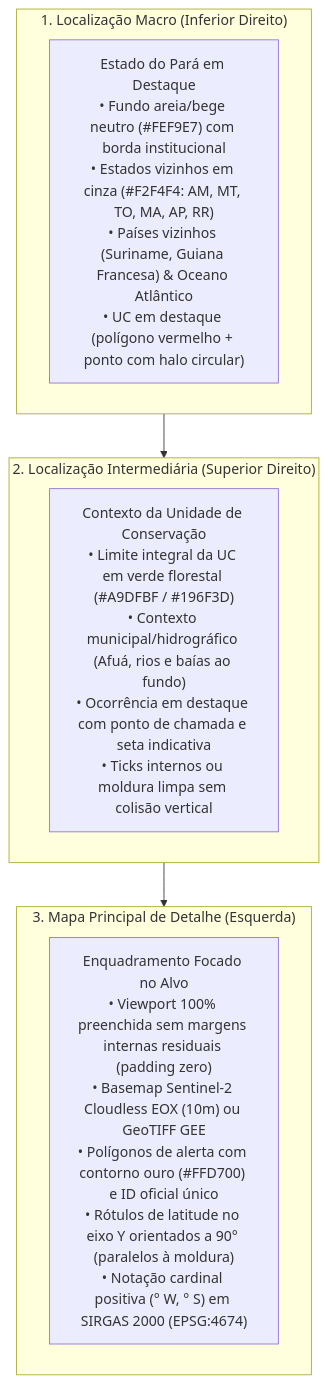
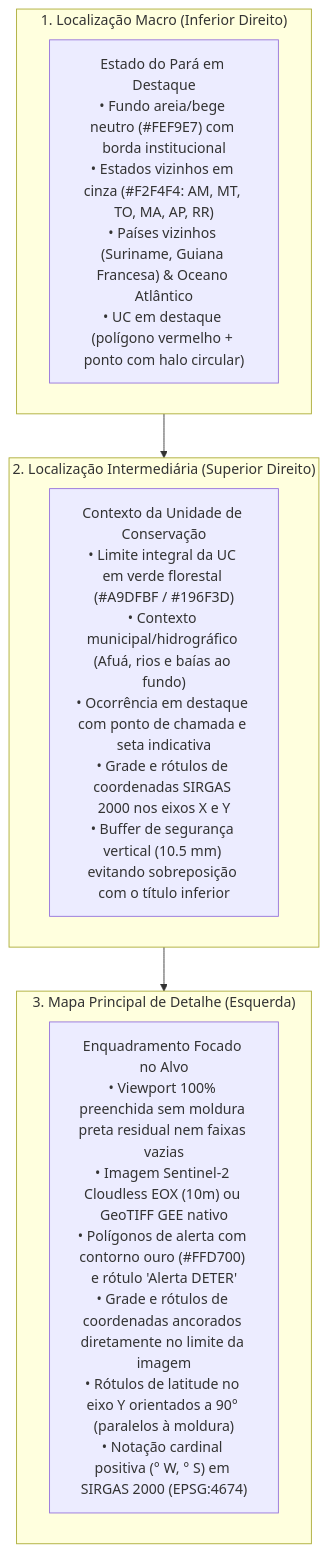
One commit to NGEO-IDEFLOR-Bio/restaura-pes-charapucu changed the diagram in .agents/skills/qgis-layout-engine/SKILL.md. Above: the diagram before and after it, drawn with Mermaid. The commit also changed other lines of this file and 8 other files, not shown here.

Commit message:
fix(layout): corrigir enquadramento 100% viewport, coordenadas inset superior, legendas e textos de rodape

````diff
--- a/.agents/skills/qgis-layout-engine/SKILL.md
+++ b/.agents/skills/qgis-layout-engine/SKILL.md
@@ -24,17 +24,17 @@
 ```mermaid
 flowchart TD
     subgraph MACRO["1. Localização Macro (Inferior Direito)"]
         M1["Estado do Pará em Destaque<br/>• Fundo areia/bege neutro (#FEF9E7) com borda institucional<br/>• Estados vizinhos em cinza (#F2F4F4: AM, MT, TO, MA, AP, RR)<br/>• Países vizinhos (Suriname, Guiana Francesa) & Oceano Atlântico<br/>• UC em destaque (polígono vermelho + ponto com halo circular)"]
     end
 
     subgraph INTERMEDIARIO["2. Localização Intermediária (Superior Direito)"]
-        I1["Contexto da Unidade de Conservação<br/>• Limite integral da UC em verde florestal (#A9DFBF / #196F3D)<br/>• Contexto municipal/hidrográfico (Afuá, rios e baías ao fundo)<br/>• Ocorrência em destaque com ponto de chamada e seta indicativa<br/>• Ticks internos ou moldura limpa sem colisão vertical"]
+        I1["Contexto da Unidade de Conservação<br/>• Limite integral da UC em verde florestal (#A9DFBF / #196F3D)<br/>• Contexto municipal/hidrográfico (Afuá, rios e baías ao fundo)<br/>• Ocorrência em destaque com ponto de chamada e seta indicativa<br/>• Grade e rótulos de coordenadas SIRGAS 2000 nos eixos X e Y<br/>• Buffer de segurança vertical (10.5 mm) evitando sobreposição com o título inferior"]
     end
 
     subgraph DETALHE["3. Mapa Principal de Detalhe (Esquerda)"]
-        D1["Enquadramento Focado no Alvo<br/>• Viewport 100% preenchida sem margens internas residuais (padding zero)<br/>• Basemap Sentinel-2 Cloudless EOX (10m) ou GeoTIFF GEE<br/>• Polígonos de alerta com contorno ouro (#FFD700) e ID oficial único<br/>• Rótulos de latitude no eixo Y orientados a 90° (paralelos à moldura)<br/>• Notação cardinal positiva (° W, ° S) em SIRGAS 2000 (EPSG:4674)"]
+        D1["Enquadramento Focado no Alvo<br/>• Viewport 100% preenchida sem moldura preta residual nem faixas vazias<br/>• Imagem Sentinel-2 Cloudless EOX (10m) ou GeoTIFF GEE nativo<br/>• Polígonos de alerta com contorno ouro (#FFD700) e rótulo 'Alerta DETER'<br/>• Grade e rótulos de coordenadas ancorados diretamente no limite da imagem<br/>• Rótulos de latitude no eixo Y orientados a 90° (paralelos à moldura)<br/>• Notação cardinal positiva (° W, ° S) em SIRGAS 2000 (EPSG:4674)"]
     end
 
     MACRO --> INTERMEDIARIO
     INTERMEDIARIO --> DETALHE
 ```
````
